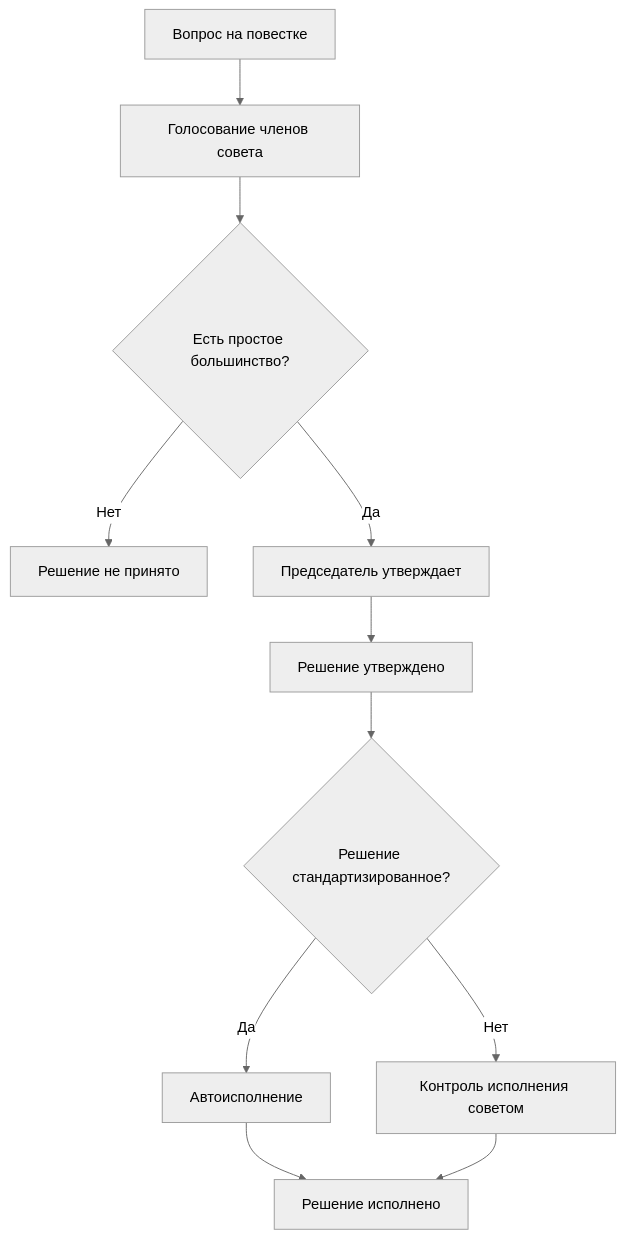
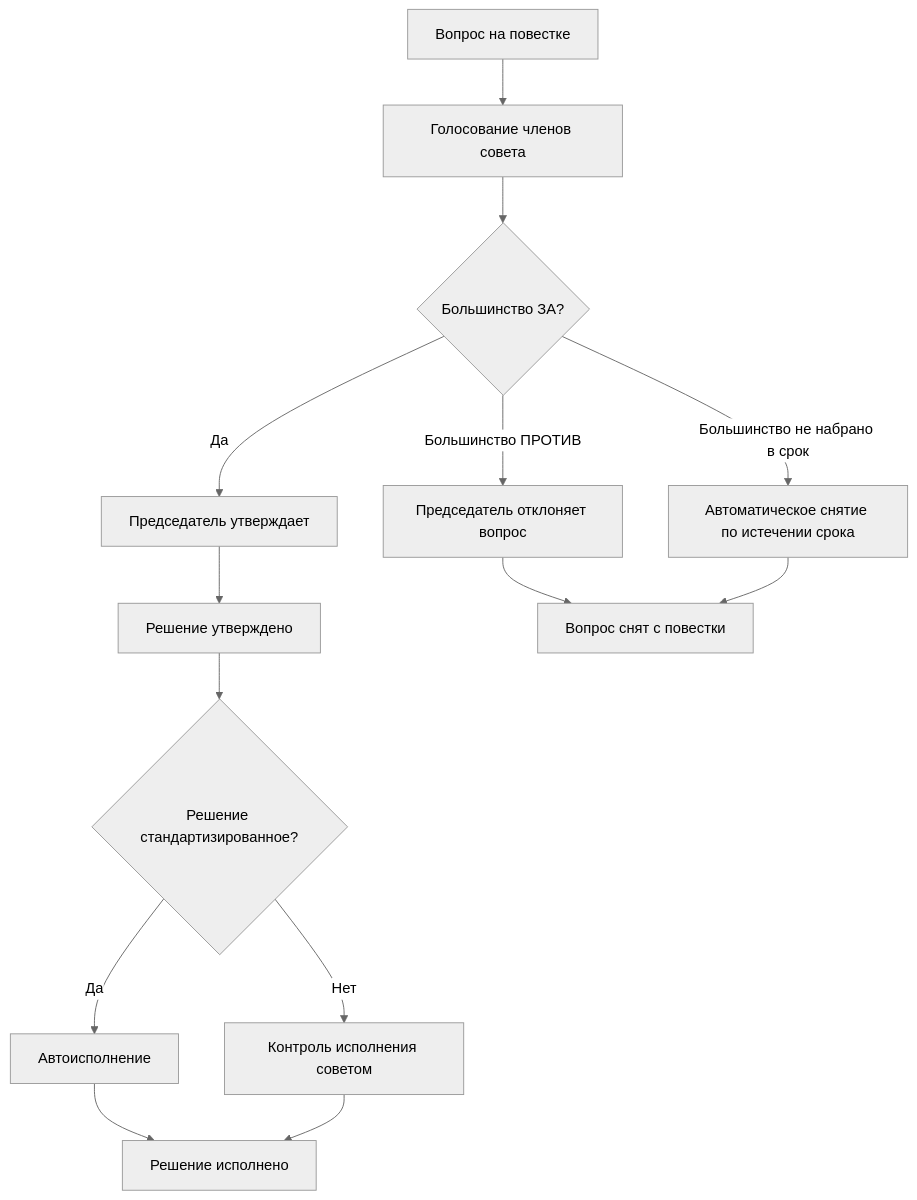
The diagram in components/docs/docs/new/council/agenda.md (gradosphera/mono), drawn with Mermaid (neutral theme) before and after one commit. The commit also changed other lines of this file, not shown here.

First line of the commit message:
docs(council): снятие вопроса с повестки — отказ председателем или по сроку

````diff
--- a/components/docs/docs/new/council/agenda.md
+++ b/components/docs/docs/new/council/agenda.md
@@ -24,13 +26,16 @@
 ```mermaid
 flowchart TD
     A[Вопрос на повестке] --> B[Голосование членов совета]
-    B --> C{Есть простое большинство?}
-    C -- Нет --> D[Решение не принято]
+    B --> C{Большинство ЗА?}
     C -- Да --> E[Председатель утверждает]
     E --> F[Решение утверждено]
     F --> H{Решение стандартизированное?}
     H -- Да --> I[Автоисполнение]
     H -- Нет --> J[Контроль исполнения советом]
     I --> G[Решение исполнено]
     J --> G[Решение исполнено]
+    C -- Большинство ПРОТИВ --> K[Председатель отклоняет вопрос]
+    C -- Большинство не набрано в срок --> L[Автоматическое снятие по истечении срока]
+    K --> M[Вопрос снят с повестки]
+    L --> M[Вопрос снят с повестки]
 ```
````
